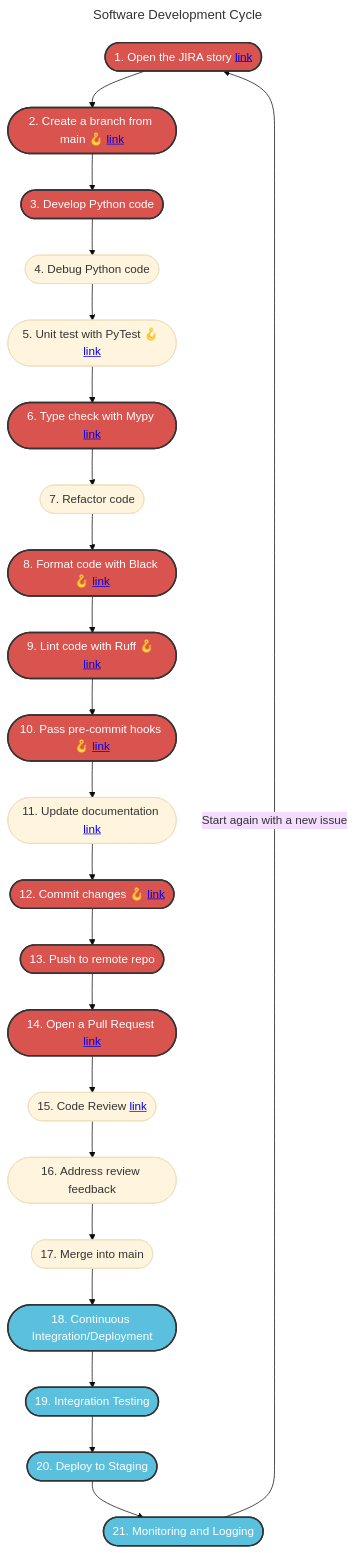
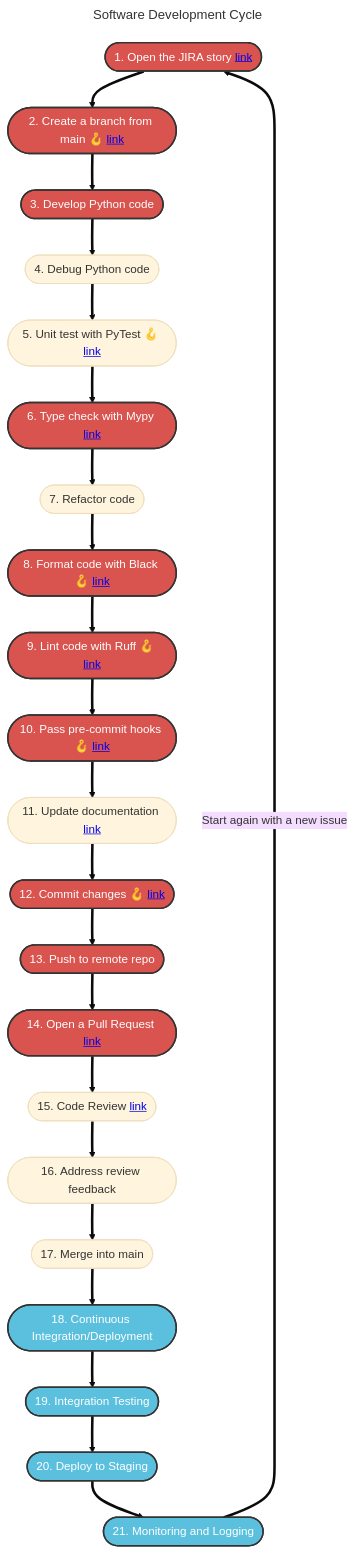
Before and after one commit to markeyser/cookiecutter-collabora: the diagram in docs/getting-started/software-development-lifecycle.md, drawn with Mermaid (base theme).

Commit message:
🎨 (docs): enhance flowchart arrows for clarity [#JIRA-123]
Updated the flowchart arrows in the software development lifecycle
documentation to use '==>' instead of '-->', making them thicker and
more visible.

Changes:
- Modified arrows in the flowchart from '-->' to '==>' for better clarity

Footer notes:
- This change improves the visual representation of the development
  process, making it easier to follow.

````diff
--- a/docs/getting-started/software-development-lifecycle.md
+++ b/docs/getting-started/software-development-lifecycle.md
@@ -9,32 +9,32 @@
 ```mermaid
 ---
 title: Software Development Cycle
 ---
 flowchart TB
-  A([1. Open the JIRA story <a href='https://markeyser.github.io/cookiecutter-collabora/how-to-guides/jira-story-best-practices/?h=jira'>link</a>]) --> B([2. Create a branch from main 🪝 <a href='https://markeyser.github.io/cookiecutter-collabora/how-to-guides/git-branch-naming-standards/'>link</a>])
-  B --> C([3. Develop Python code])
-  C --> D([4. Debug Python code])
-  D --> E([5. Unit test with PyTest 🪝 <a href='https://markeyser.github.io/cookiecutter-collabora/how-to-guides/introduction-to-doctest/?h=test'>link</a>])
-  E --> F([6. Type check with Mypy <a href='https://markeyser.github.io/cookiecutter-collabora/how-to-guides/type-checking-mypy/?h=type+che'>link</a>])
-  F --> G([7. Refactor code])
-  G --> H([8. Format code with Black 🪝 <a href='https://markeyser.github.io/cookiecutter-collabora/tutorials/black-formatter/?h=black'>link</a>])
-  H --> I([9. Lint code with Ruff 🪝 <a href='https://markeyser.github.io/cookiecutter-collabora/tutorials/ruff-linter/?h=lint'>link</a>])
-  I --> J([10. Pass pre-commit hooks 🪝 <a href='https://markeyser.github.io/cookiecutter-collabora/how-to-guides/pre-commit-hooks-guide/'>link</a>])
-  J --> K([11. Update documentation <a href='https://markeyser.github.io/cookiecutter-collabora/tutorials/mkdocs-docs/?h=mkd'>link</a>])
-  K --> L([12. Commit changes 🪝 <a href='https://markeyser.github.io/cookiecutter-collabora/how-to-guides/commit-message-standards-ml/?h=commit'>link</a>])
-  L --> M([13. Push to remote repo])
-  M --> N([14. Open a Pull Request <a href='https://markeyser.github.io/cookiecutter-collabora/how-to-guides/templates/?h=pull'>link</a>])
-  N --> O([15. Code Review <a href='https://markeyser.github.io/cookiecutter-collabora/how-to-guides/code-review-best-practices/?h=review'>link</a>])
-  O --> P([16. Address review feedback])
-  P --> Q([17. Merge into main])
-  Q --> R([18. Continuous Integration/Deployment])
-  R --> S([19. Integration Testing])
-  S --> T([20. Deploy to Staging])
-  T --> U([21. Monitoring and Logging])
-  U --> |Start again with a new issue|A
+  A([1. Open the JIRA story <a href='https://markeyser.github.io/cookiecutter-collabora/how-to-guides/jira-story-best-practices/?h=jira'>link</a>]) ==> B([2. Create a branch from main 🪝 <a href='https://markeyser.github.io/cookiecutter-collabora/how-to-guides/git-branch-naming-standards/'>link</a>])
+  B ==> C([3. Develop Python code])
+  C ==> D([4. Debug Python code])
+  D ==> E([5. Unit test with PyTest 🪝 <a href='https://markeyser.github.io/cookiecutter-collabora/how-to-guides/introduction-to-doctest/?h=test'>link</a>])
+  E ==> F([6. Type check with Mypy <a href='https://markeyser.github.io/cookiecutter-collabora/how-to-guides/type-checking-mypy/?h=type+che'>link</a>])
+  F ==> G([7. Refactor code])
+  G ==> H([8. Format code with Black 🪝 <a href='https://markeyser.github.io/cookiecutter-collabora/tutorials/black-formatter/?h=black'>link</a>])
+  H ==> I([9. Lint code with Ruff 🪝 <a href='https://markeyser.github.io/cookiecutter-collabora/tutorials/ruff-linter/?h=lint'>link</a>])
+  I ==> J([10. Pass pre-commit hooks 🪝 <a href='https://markeyser.github.io/cookiecutter-collabora/how-to-guides/pre-commit-hooks-guide/'>link</a>])
+  J ==> K([11. Update documentation <a href='https://markeyser.github.io/cookiecutter-collabora/tutorials/mkdocs-docs/?h=mkd'>link</a>])
+  K ==> L([12. Commit changes 🪝 <a href='https://markeyser.github.io/cookiecutter-collabora/how-to-guides/commit-message-standards-ml/?h=commit'>link</a>])
+  L ==> M([13. Push to remote repo])
+  M ==> N([14. Open a Pull Request <a href='https://markeyser.github.io/cookiecutter-collabora/how-to-guides/templates/?h=pull'>link</a>])
+  N ==> O([15. Code Review <a href='https://markeyser.github.io/cookiecutter-collabora/how-to-guides/code-review-best-practices/?h=review'>link</a>])
+  O ==> P([16. Address review feedback])
+  P ==> Q([17. Merge into main])
+  Q ==> R([18. Continuous Integration/Deployment])
+  R ==> S([19. Integration Testing])
+  S ==> T([20. Deploy to Staging])
+  T ==> U([21. Monitoring and Logging])
+  U ==> |Start again with a new issue|A
 
   classDef highlighted fill:#d9534f,stroke:#333,stroke-width:2px,color:#fff;
   classDef blue fill:#5bc0de,stroke:#333,stroke-width:2px,color:#fff;
   class A,B,C,F,H,I,J,L,M,N highlighted;
   class R,S,T,U blue;
 ```
````
